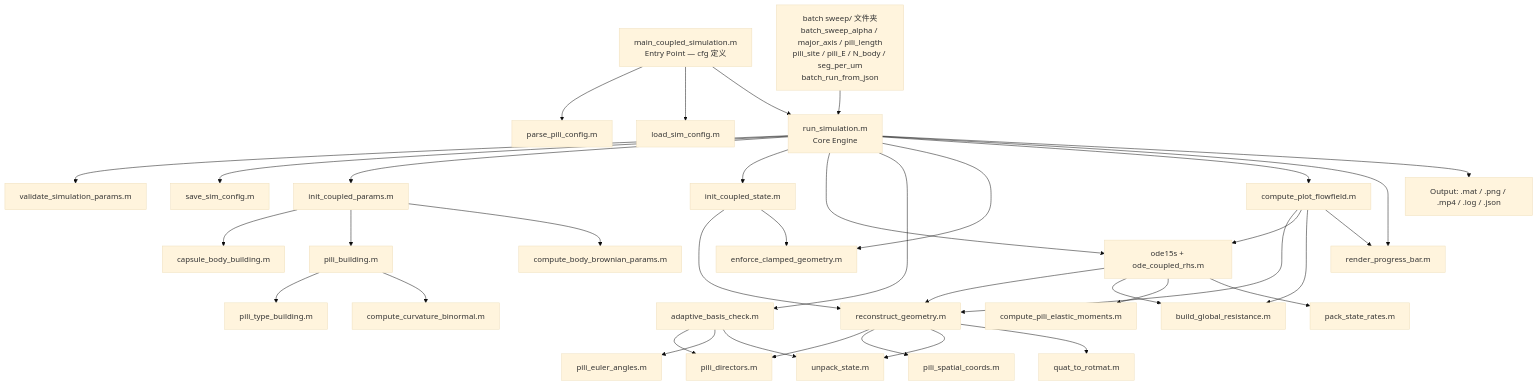
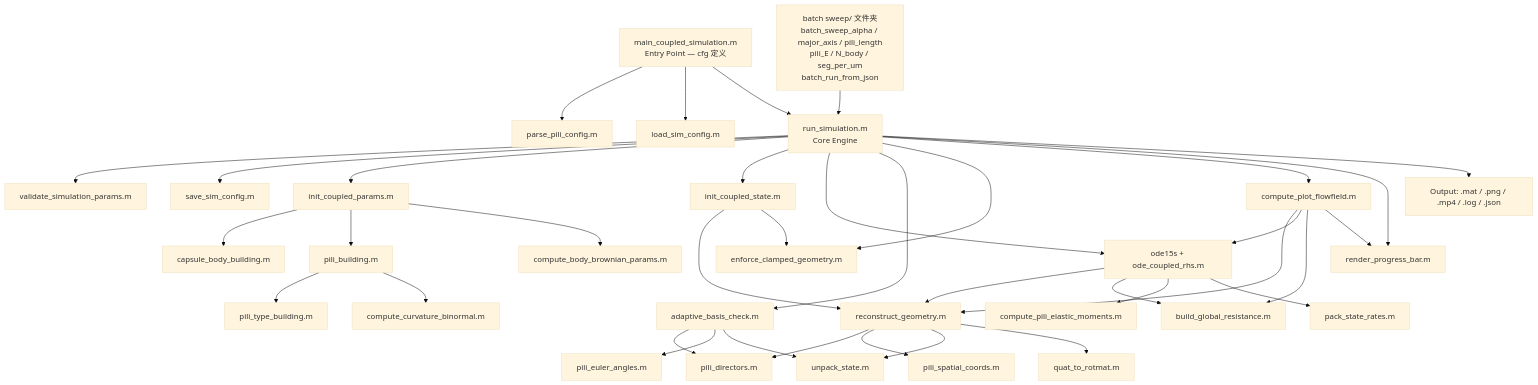
One commit to Lucien-6/Bacteria_Elastohydrodynamic_Simulation changed the diagram in README.md. Above: the diagram before and after it, drawn with Mermaid (base theme). The commit also changed other lines of this file and 7 other files, not shown here.

````diff
--- a/README.md
+++ b/README.md
@@ -177,47 +177,47 @@
 ```mermaid
 graph TD
     ENTRY[main_coupled_simulation.m<br/>Entry Point — cfg 定义] --> PC[parse_pili_config.m]
     ENTRY --> LC[load_sim_config.m]
     ENTRY --> RUN[run_simulation.m<br/>Core Engine]
 
     RUN --> VAL[validate_simulation_params.m]
     RUN --> SC[save_sim_config.m]
     RUN --> B[init_coupled_params.m]
     RUN --> C[init_coupled_state.m]
     RUN --> D[ode15s + ode_coupled_rhs.m]
     RUN --> E[adaptive_basis_check.m]
     RUN --> F[enforce_clamped_geometry.m]
     RUN --> V[compute_plot_flowfield.m]
     RUN --> PB[render_progress_bar.m]
     RUN --> G[Output: .mat / .png / .mp4 / .log / .json]
 
     B --> H[capsule_body_building.m]
     B --> I[pili_building.m]
     B --> W[compute_body_brownian_params.m]
     I --> J[pili_type_building.m]
     I --> K[compute_curvature_binormal.m]
 
     C --> L[reconstruct_geometry.m]
     C --> F
 
     D --> L
     D --> M[build_global_resistance.m]
     D --> N[compute_pili_elastic_moments.m]
     D --> P[pack_state_rates.m]
 
     V --> L
     V --> D
     V --> M
     V --> PB
 
     L --> Q[pili_directors.m]
     L --> R[pili_spatial_coords.m]
     L --> S[unpack_state.m]
     L --> T[quat_to_rotmat.m]
 
     E --> Q
     E --> U[pili_euler_angles.m]
     E --> S
 
-    BATCH["batch sweep/ 文件夹<br/>batch_sweep_alpha / major_axis / pili_length<br/>pili_site / pili_E / N_body / seg_per_um<br/>batch_run_from_json"] --> RUN
+    BATCH["batch sweep/ 文件夹<br/>batch_sweep_alpha / major_axis / pili_length<br/>pili_E / N_body / seg_per_um<br/>batch_run_from_json"] --> RUN
 ```
````
